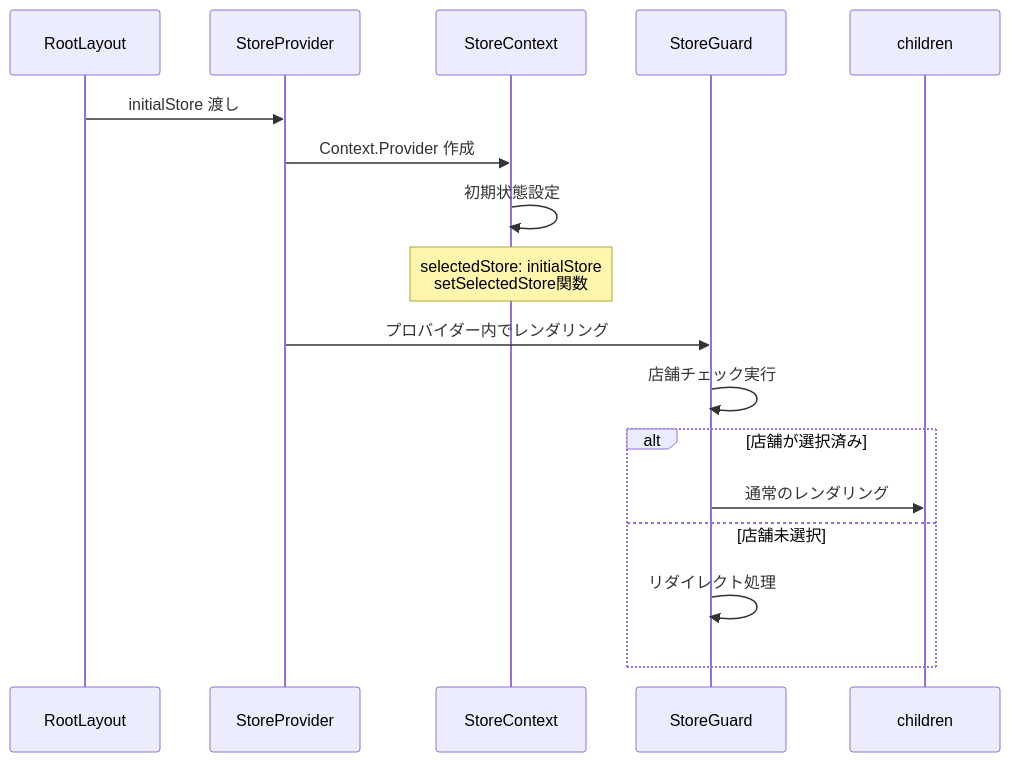
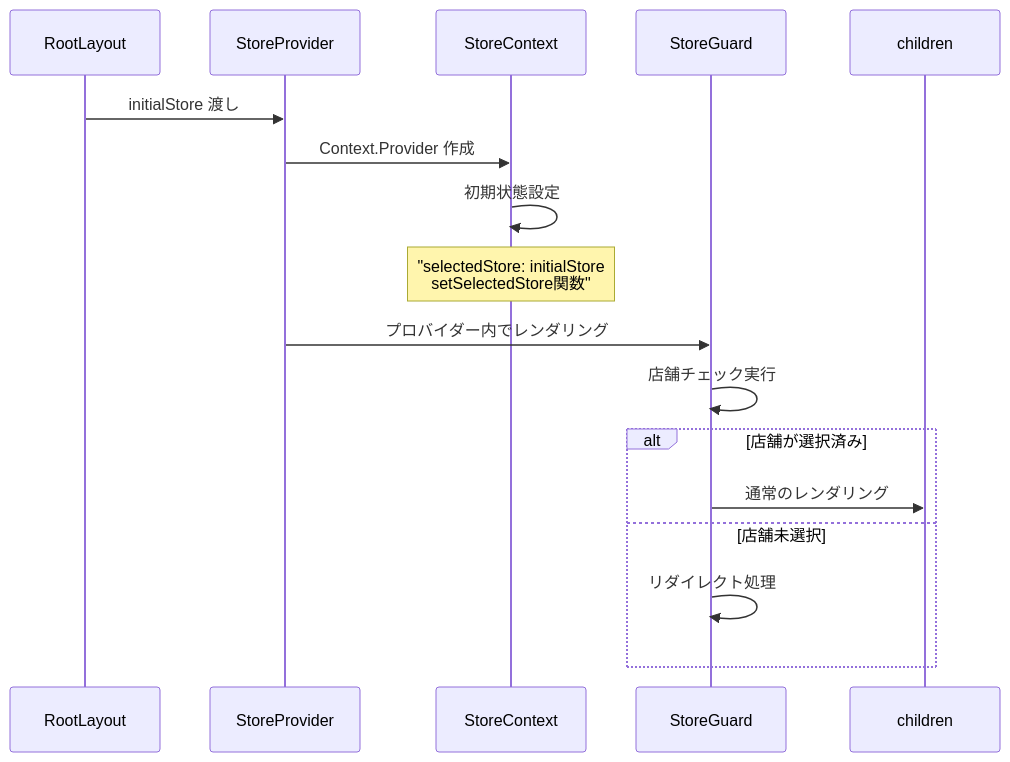
Before and after one commit to wasabi49/ocs-systemDevelopmentExercises: the fourth of 10 diagrams in document/pages/sequence/layout.md, drawn with Mermaid. The commit also changed other lines of this file and 42 other files, not shown here.

First line of the commit message:
fix: mermaidシーケンス図のNote over文でダブルクォーテーション不足を修正

````diff
--- a/document/pages/sequence/layout.md
+++ b/document/pages/sequence/layout.md
@@ -77,22 +77,22 @@
 ```mermaid
 sequenceDiagram
     participant Layout as RootLayout
     participant StoreProvider as StoreProvider
     participant Context as StoreContext
     participant StoreGuard as StoreGuard
     participant Children as children
 
     Layout->>StoreProvider: initialStore 渡し
     StoreProvider->>Context: Context.Provider 作成
     Context->>Context: 初期状態設定
-    Note over Context: selectedStore: initialStore<br/>setSelectedStore関数
+    Note over Context: "selectedStore: initialStore<br/>setSelectedStore関数"
     
     StoreProvider->>StoreGuard: プロバイダー内でレンダリング
     StoreGuard->>StoreGuard: 店舗チェック実行
     
     alt 店舗が選択済み
         StoreGuard->>Children: 通常のレンダリング
     else 店舗未選択
         StoreGuard->>StoreGuard: リダイレクト処理
     end
 ```
````
